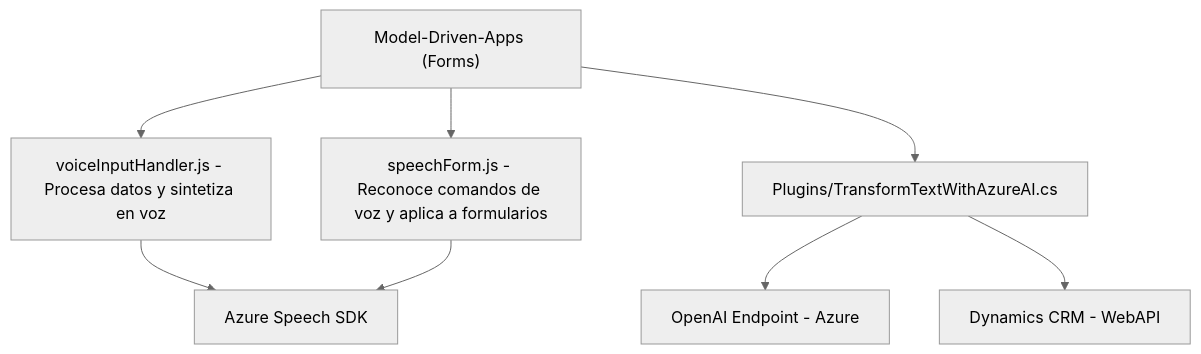
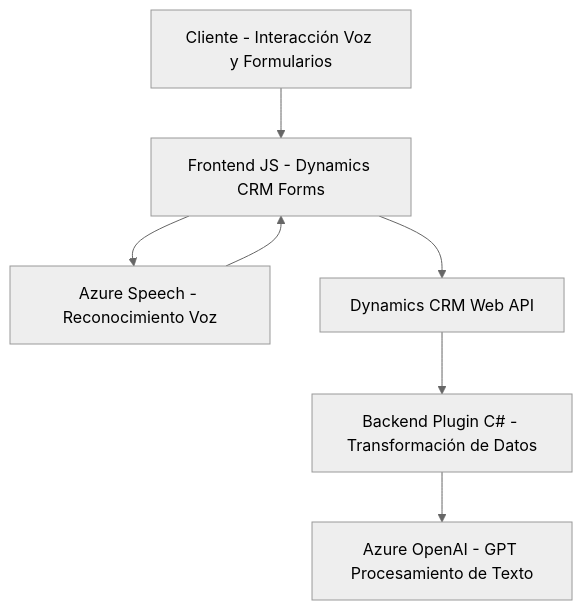
Before and after one commit to blopezdm/NETCORE_BILBAO2025: the diagram in README.md, drawn with Mermaid (neutral theme). The commit also changed other lines of this file, not shown here.

````diff
--- a/README.md
+++ b/README.md
@@ -57,10 +51,16 @@
 ```mermaid
 graph TD
-    A["Model-Driven-Apps (Forms)"] --> B1["voiceInputHandler.js - Procesa datos y sintetiza en voz"]
-    A --> B2["speechForm.js - Reconoce comandos de voz y aplica a formularios"]
-    B1 --> C["Azure Speech SDK"]
-    B2 --> C
-    A --> D["Plugins/TransformTextWithAzureAI.cs"]
-    D --> E["OpenAI Endpoint - Azure"]
-    D --> F["Dynamics CRM - WebAPI"]
+    A["Cliente - Interacción Voz y Formularios"]
+    B["Frontend JS - Dynamics CRM Forms"]
+    C["Azure Speech - Reconocimiento Voz"]
+    D["Azure OpenAI - GPT Procesamiento de Texto"]
+    E["Backend Plugin C# - Transformación de Datos"]
+    F["Dynamics CRM Web API"]
+    
+    A --> B
+    B --> C
+    C --> B
+    B --> F
+    F --> E
+    E --> D
 ```
````
